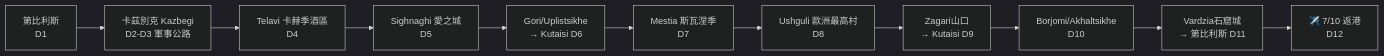
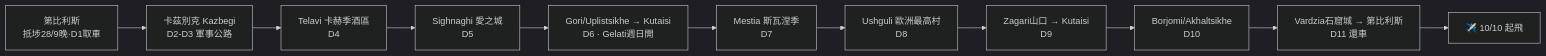
One commit to hmkaibot-bot/geogria changed the diagram in README.md. Above: the diagram before and after it, drawn with Mermaid (dark theme). The commit also changed other lines of this file and 1 other file, not shown here.

````diff
--- a/README.md
+++ b/README.md
@@ -20,13 +25,13 @@
 ```mermaid
 flowchart LR
-    A[第比利斯<br/>D1] --> B[卡茲別克 Kazbegi<br/>D2-D3 軍事公路]
+    A[第比利斯<br/>抵埗28/9晚·D1取車] --> B[卡茲別克 Kazbegi<br/>D2-D3 軍事公路]
     B --> C[Telavi 卡赫季酒區<br/>D4]
     C --> D[Sighnaghi 愛之城<br/>D5]
-    D --> E[Gori/Uplistsikhe<br/>→ Kutaisi D6]
+    D --> E[Gori/Uplistsikhe → Kutaisi<br/>D6 · Gelati週日開]
     E --> F[Mestia 斯瓦涅季<br/>D7]
     F --> G[Ushguli 歐洲最高村<br/>D8]
-    G --> H[Zagari山口<br/>→ Kutaisi D9]
+    G --> H[Zagari山口 → Kutaisi<br/>D9]
     H --> I[Borjomi/Akhaltsikhe<br/>D10]
-    I --> J[Vardzia石窟城<br/>→ 第比利斯 D11]
-    J --> K[✈️ 7/10 返港<br/>D12]
+    I --> J[Vardzia石窟城 → 第比利斯<br/>D11 還車]
+    J --> K[✈️ 10/10 起飛]
 ```
````
